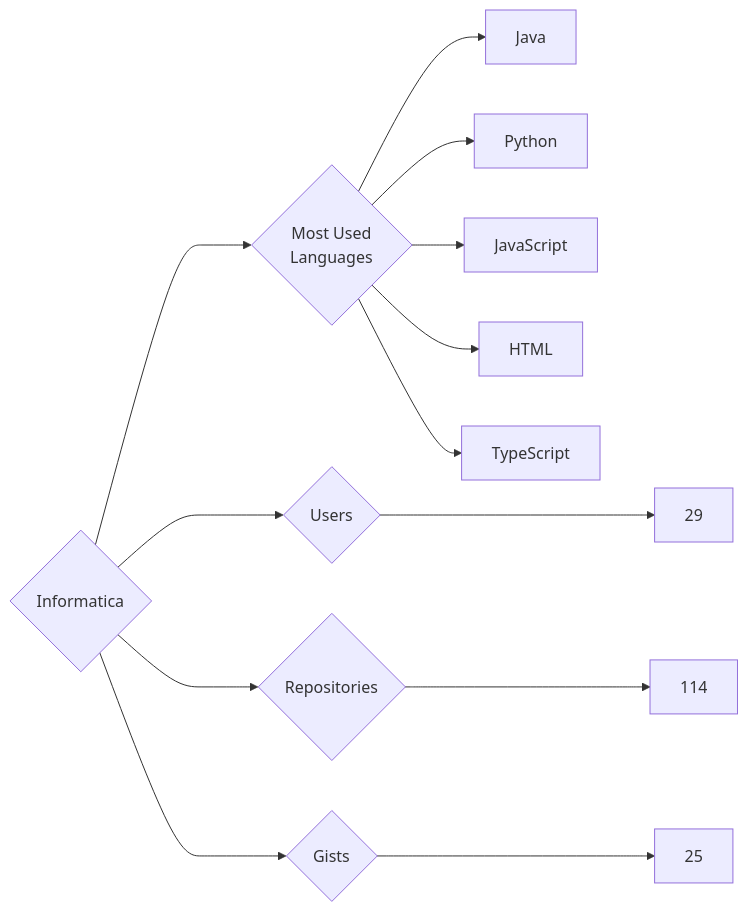
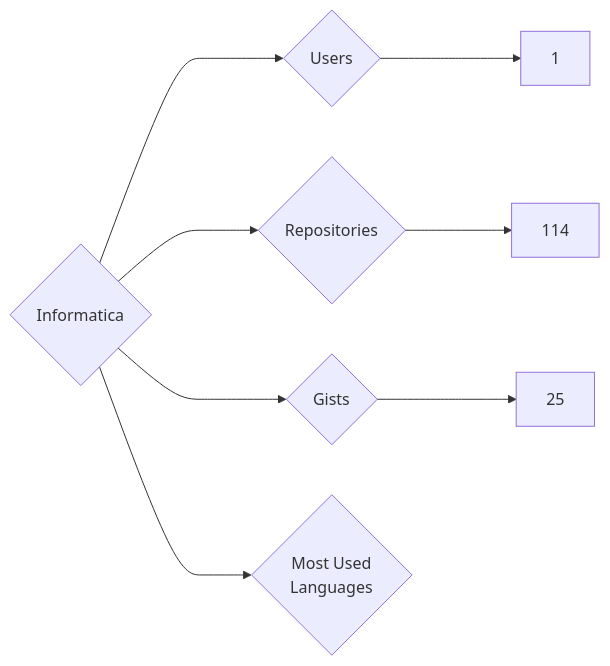
One commit to trickest/insiders changed the diagram in targets/Informatica/README.md. Above: the diagram before and after it, drawn with Mermaid. The commit also changed 622 other files, not shown here.

````diff
--- a/targets/Informatica/README.md
+++ b/targets/Informatica/README.md
@@ -3,13 +3,8 @@
 ```mermaid
 graph LR
 COMPANY_NAME{Informatica}
-COMPANY_NAME ---> U{Users} ---> UN[29]
+COMPANY_NAME ---> U{Users} ---> UN[1]
 COMPANY_NAME ---> R{Repositories} ---> RN[114]
 COMPANY_NAME ---> G{Gists} ---> GN[25]
 COMPANY_NAME ---> ML{Most Used<br>Languages}
-ML --> Java[Java]
-ML --> Python[Python]
-ML --> JavaScript[JavaScript]
-ML --> HTML[HTML]
-ML --> TypeScript[TypeScript]
 ```
````
